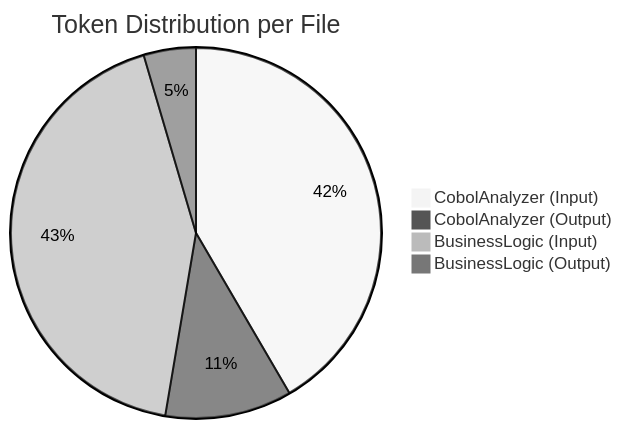
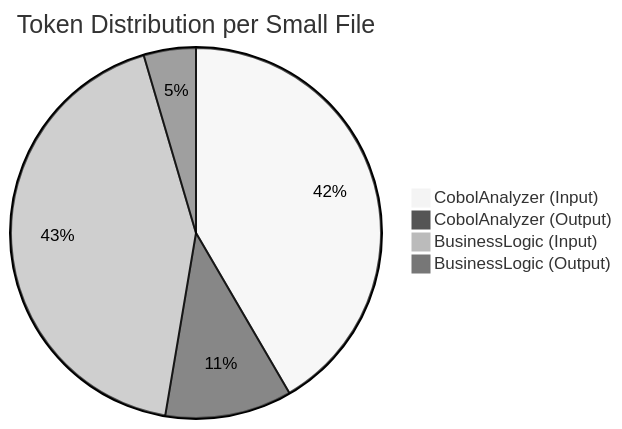
Before and after one commit to Azure-Samples/Legacy-Modernization-Agents: the seventh of 7 diagrams in REVERSE_ENGINEERING_ARCHITECTURE.md, drawn with Mermaid (neutral theme). The commit also changed other lines of this file and 91 other files, not shown here.

````diff
--- a/REVERSE_ENGINEERING_ARCHITECTURE.md
+++ b/REVERSE_ENGINEERING_ARCHITECTURE.md
@@ -235,7 +431,7 @@
 ```mermaid
-pie title Token Distribution per File
+pie title Token Distribution per Small File
     "CobolAnalyzer (Input)" : 11734
     "CobolAnalyzer (Output)" : 3122
     "BusinessLogic (Input)" : 12071
     "BusinessLogic (Output)" : 1285
 ```
````
